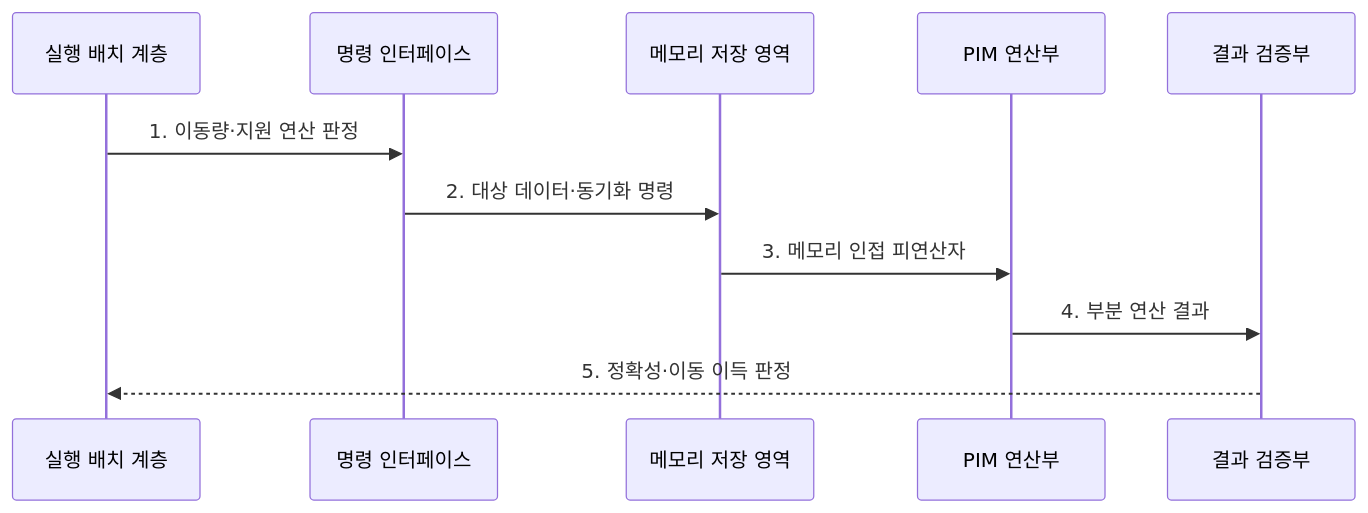
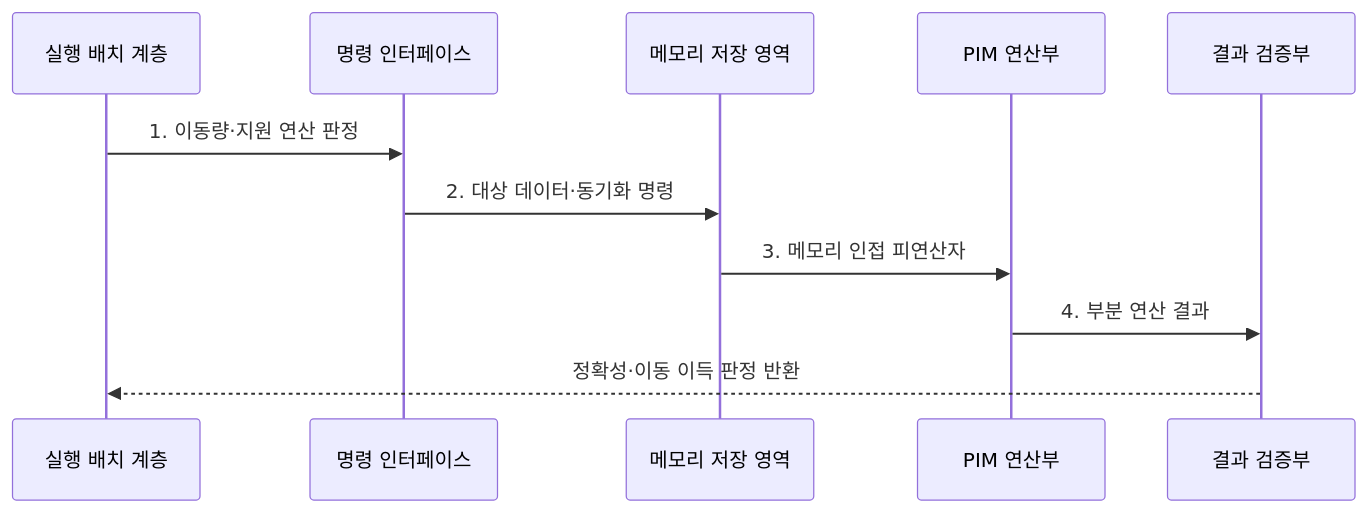
Before and after one commit to agnusdei1207/knowledge-base: the second of 2 diagrams in src/content/docs/notes/08-latest-tech/146_pim.md, drawn with Mermaid. The commit also changed other lines of this file and 225 other files, not shown here.

````diff
--- a/src/content/docs/notes/08-latest-tech/146_pim.md
+++ b/src/content/docs/notes/08-latest-tech/146_pim.md
@@ -79,13 +79,13 @@
 ```mermaid
 sequenceDiagram
   participant P as 실행 배치 계층
   participant I as 명령 인터페이스
   participant M as 메모리 저장 영역
   participant C as PIM 연산부
   participant V as 결과 검증부
   P->>I: 1. 이동량·지원 연산 판정
   I->>M: 2. 대상 데이터·동기화 명령
   M->>C: 3. 메모리 인접 피연산자
   C->>V: 4. 부분 연산 결과
-  V-->>P: 5. 정확성·이동 이득 판정
+  V-->>P: 정확성·이동 이득 판정 반환
 ```
````
